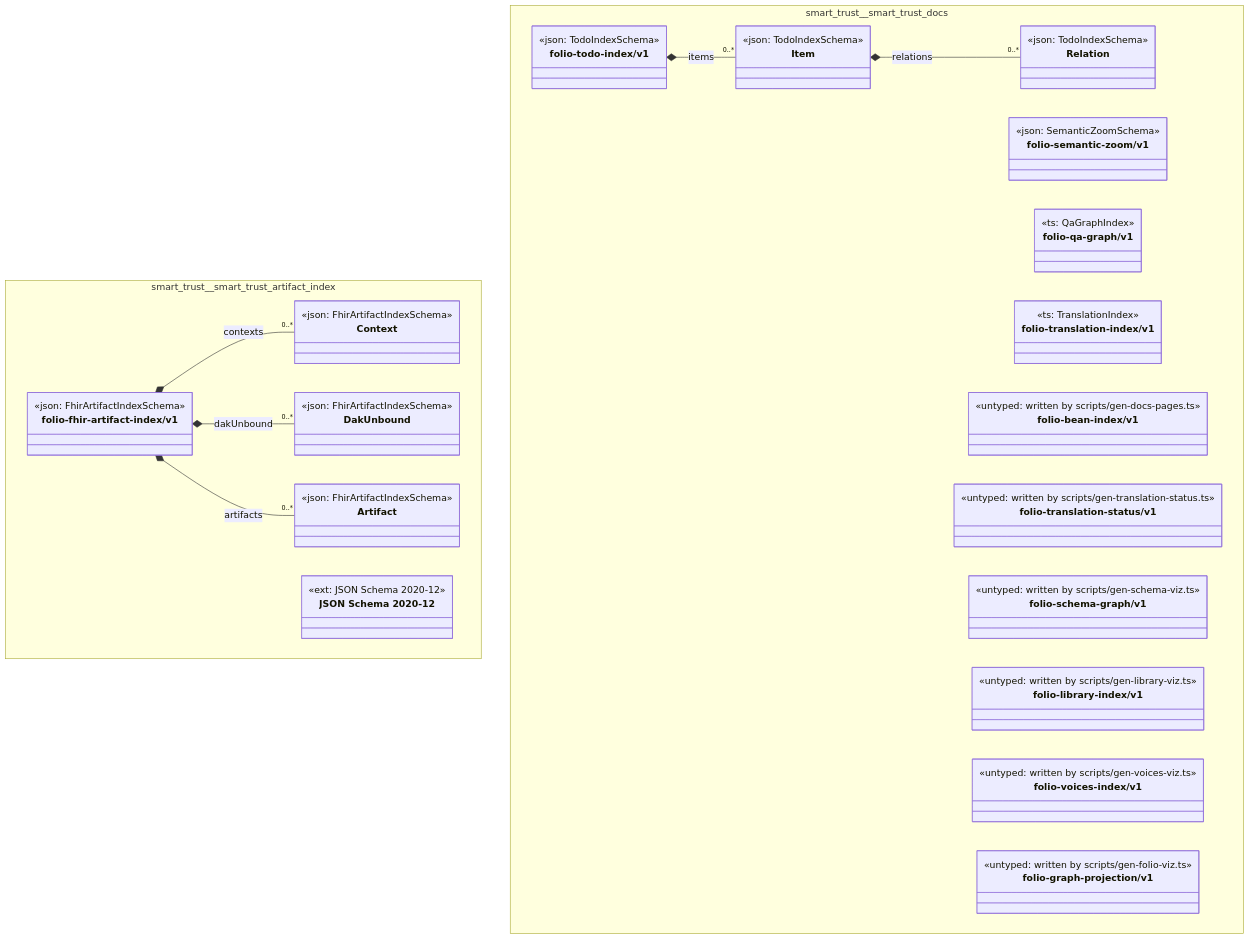
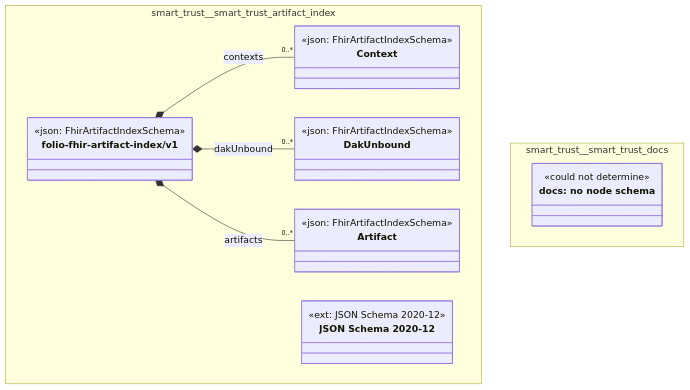
The diagram in cat-harness/docs/uml/overview/smart-trust.md (litlfred/folio-assistant), drawn with Mermaid before and after one commit. The commit also changed other lines of this file and 150 other files, not shown here.

First line of the commit message:
uml: draw only the $schema families a sub-graph actually holds

````diff
--- a/cat-harness/docs/uml/overview/smart-trust.md
+++ b/cat-harness/docs/uml/overview/smart-trust.md
@@ -12,81 +12,36 @@
 ```mermaid
 classDiagram
   direction TB
   namespace smart_trust__smart_trust_artifact_index {
     class smart_trust_smart_trust_artifact_index_folio_fhir_artifact_index_v1_Context["Context"] {
       <<json: FhirArtifactIndexSchema>>
     }
     class smart_trust_smart_trust_artifact_index_folio_fhir_artifact_index_v1_DakUnbound["DakUnbound"] {
       <<json: FhirArtifactIndexSchema>>
     }
     class smart_trust_smart_trust_artifact_index_folio_fhir_artifact_index_v1_Artifact["Artifact"] {
       <<json: FhirArtifactIndexSchema>>
     }
     class smart_trust_smart_trust_artifact_index_folio_fhir_artifact_index_v1_folio_fhir_artifact_index_v1["folio-fhir-artifact-index/v1"] {
       <<json: FhirArtifactIndexSchema>>
     }
     class smart_trust_smart_trust_artifact_index_https___json_schema_org_draft_2020_12_schema["JSON Schema 2020-12"] {
       <<ext: JSON Schema 2020-12>>
     }
   }
   namespace smart_trust__smart_trust_docs {
-    class smart_trust_smart_trust_docs_folio_todo_index_v1_Relation["Relation"] {
-      <<json: TodoIndexSchema>>
-    }
-    class smart_trust_smart_trust_docs_folio_todo_index_v1_Item["Item"] {
-      <<json: TodoIndexSchema>>
-    }
-    class smart_trust_smart_trust_docs_folio_todo_index_v1_folio_todo_index_v1["folio-todo-index/v1"] {
-      <<json: TodoIndexSchema>>
-    }
-    class smart_trust_smart_trust_docs_folio_semantic_zoom_v1_folio_semantic_zoom_v1["folio-semantic-zoom/v1"] {
-      <<json: SemanticZoomSchema>>
-    }
-    class smart_trust_smart_trust_docs_folio_qa_graph_v1["folio-qa-graph/v1"] {
-      <<ts: QaGraphIndex>>
-    }
-    class smart_trust_smart_trust_docs_folio_translation_index_v1["folio-translation-index/v1"] {
-      <<ts: TranslationIndex>>
-    }
-    class smart_trust_smart_trust_docs_folio_bean_index_v1["folio-bean-index/v1"] {
-      <<untyped: written by scripts/gen-docs-pages.ts>>
-    }
-    class smart_trust_smart_trust_docs_folio_translation_status_v1["folio-translation-status/v1"] {
-      <<untyped: written by scripts/gen-translation-status.ts>>
-    }
-    class smart_trust_smart_trust_docs_folio_schema_graph_v1["folio-schema-graph/v1"] {
-      <<untyped: written by scripts/gen-schema-viz.ts>>
-    }
-    class smart_trust_smart_trust_docs_folio_library_index_v1["folio-library-index/v1"] {
-      <<untyped: written by scripts/gen-library-viz.ts>>
-    }
-    class smart_trust_smart_trust_docs_folio_voices_index_v1["folio-voices-index/v1"] {
-      <<untyped: written by scripts/gen-voices-viz.ts>>
-    }
-    class smart_trust_smart_trust_docs_folio_graph_projection_v1["folio-graph-projection/v1"] {
-      <<untyped: written by scripts/gen-folio-viz.ts>>
+    class n_smart_trust_smart_trust_docs_docs["docs: no node schema"] {
+      <<could not determine>>
     }
   }
   smart_trust_smart_trust_artifact_index_folio_fhir_artifact_index_v1_folio_fhir_artifact_index_v1 *-- "0..*" smart_trust_smart_trust_artifact_index_folio_fhir_artifact_index_v1_Context : contexts
   smart_trust_smart_trust_artifact_index_folio_fhir_artifact_index_v1_folio_fhir_artifact_index_v1 *-- "0..*" smart_trust_smart_trust_artifact_index_folio_fhir_artifact_index_v1_DakUnbound : dakUnbound
   smart_trust_smart_trust_artifact_index_folio_fhir_artifact_index_v1_folio_fhir_artifact_index_v1 *-- "0..*" smart_trust_smart_trust_artifact_index_folio_fhir_artifact_index_v1_Artifact : artifacts
   cssClass "smart_trust_smart_trust_artifact_index_folio_fhir_artifact_index_v1_Context" fa_uml_kind_fhir_artifact_index
   cssClass "smart_trust_smart_trust_artifact_index_folio_fhir_artifact_index_v1_DakUnbound" fa_uml_kind_fhir_artifact_index
   cssClass "smart_trust_smart_trust_artifact_index_folio_fhir_artifact_index_v1_Artifact" fa_uml_kind_fhir_artifact_index
   cssClass "smart_trust_smart_trust_artifact_index_folio_fhir_artifact_index_v1_folio_fhir_artifact_index_v1" fa_uml_kind_fhir_artifact_index
   cssClass "smart_trust_smart_trust_artifact_index_https___json_schema_org_draft_2020_12_schema" fa_uml_kind_fhir_artifact_index
-  smart_trust_smart_trust_docs_folio_todo_index_v1_Item *-- "0..*" smart_trust_smart_trust_docs_folio_todo_index_v1_Relation : relations
-  smart_trust_smart_trust_docs_folio_todo_index_v1_folio_todo_index_v1 *-- "0..*" smart_trust_smart_trust_docs_folio_todo_index_v1_Item : items
-  cssClass "smart_trust_smart_trust_docs_folio_todo_index_v1_Relation" fa_uml_kind_docs
-  cssClass "smart_trust_smart_trust_docs_folio_todo_index_v1_Item" fa_uml_kind_docs
-  cssClass "smart_trust_smart_trust_docs_folio_todo_index_v1_folio_todo_index_v1" fa_uml_kind_docs
-  cssClass "smart_trust_smart_trust_docs_folio_semantic_zoom_v1_folio_semantic_zoom_v1" fa_uml_kind_docs
-  cssClass "smart_trust_smart_trust_docs_folio_qa_graph_v1" fa_uml_kind_docs
-  cssClass "smart_trust_smart_trust_docs_folio_translation_index_v1" fa_uml_kind_docs
-  cssClass "smart_trust_smart_trust_docs_folio_bean_index_v1" fa_uml_kind_docs
-  cssClass "smart_trust_smart_trust_docs_folio_translation_status_v1" fa_uml_kind_docs
-  cssClass "smart_trust_smart_trust_docs_folio_schema_graph_v1" fa_uml_kind_docs
-  cssClass "smart_trust_smart_trust_docs_folio_library_index_v1" fa_uml_kind_docs
-  cssClass "smart_trust_smart_trust_docs_folio_voices_index_v1" fa_uml_kind_docs
-  cssClass "smart_trust_smart_trust_docs_folio_graph_projection_v1" fa_uml_kind_docs
+  cssClass "n_smart_trust_smart_trust_docs_docs" fa_uml_kind_docs
+  cssClass "n_smart_trust_smart_trust_docs_docs" fa_uml_undetermined
 ```
````
